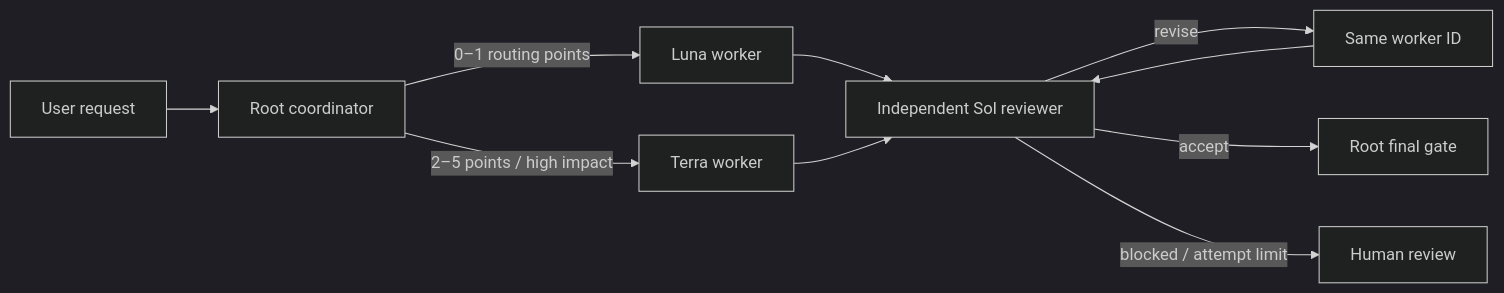
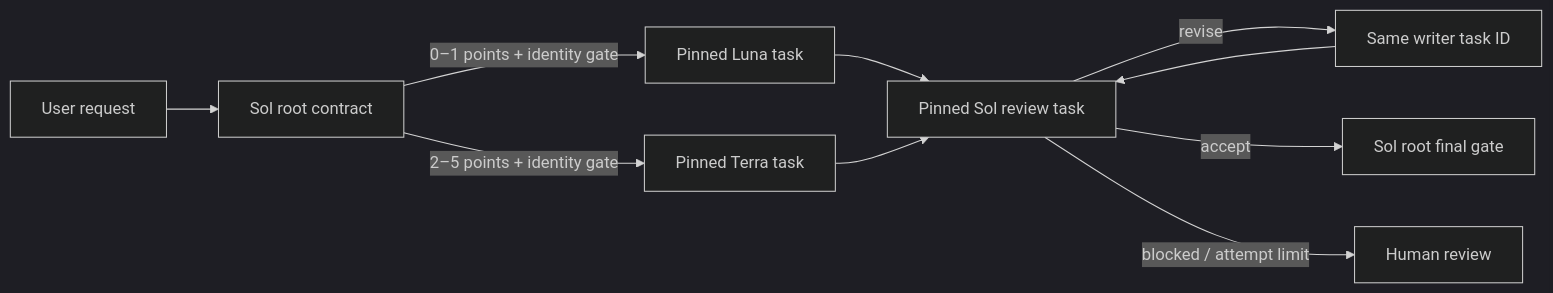
Before and after one commit to jeffjhunter/codex-model-router-optimization: the diagram in README.md, drawn with Mermaid (dark theme). The commit also changed other lines of this file and 41 other files, not shown here.

Commit message:
Add model-pinned task routing backend

````diff
--- a/README.md
+++ b/README.md
@@ -26,12 +27,12 @@
 ```mermaid
 flowchart LR
-    U["User request"] --> C["Root coordinator"]
-    C -->|"0–1 routing points"| F["Luna worker"]
-    C -->|"2–5 points / high impact"| B["Terra worker"]
-    F --> R["Independent Sol reviewer"]
+    U["User request"] --> C["Sol root contract"]
+    C -->|"0–1 points + identity gate"| F["Pinned Luna task"]
+    C -->|"2–5 points + identity gate"| B["Pinned Terra task"]
+    F --> R["Pinned Sol review task"]
     B --> R
-    R -->|"revise"| S["Same worker ID"]
+    R -->|"revise"| S["Same writer task ID"]
     S --> R
-    R -->|"accept"| G["Root final gate"]
+    R -->|"accept"| G["Sol root final gate"]
     R -->|"blocked / attempt limit"| H["Human review"]
 ```
````
